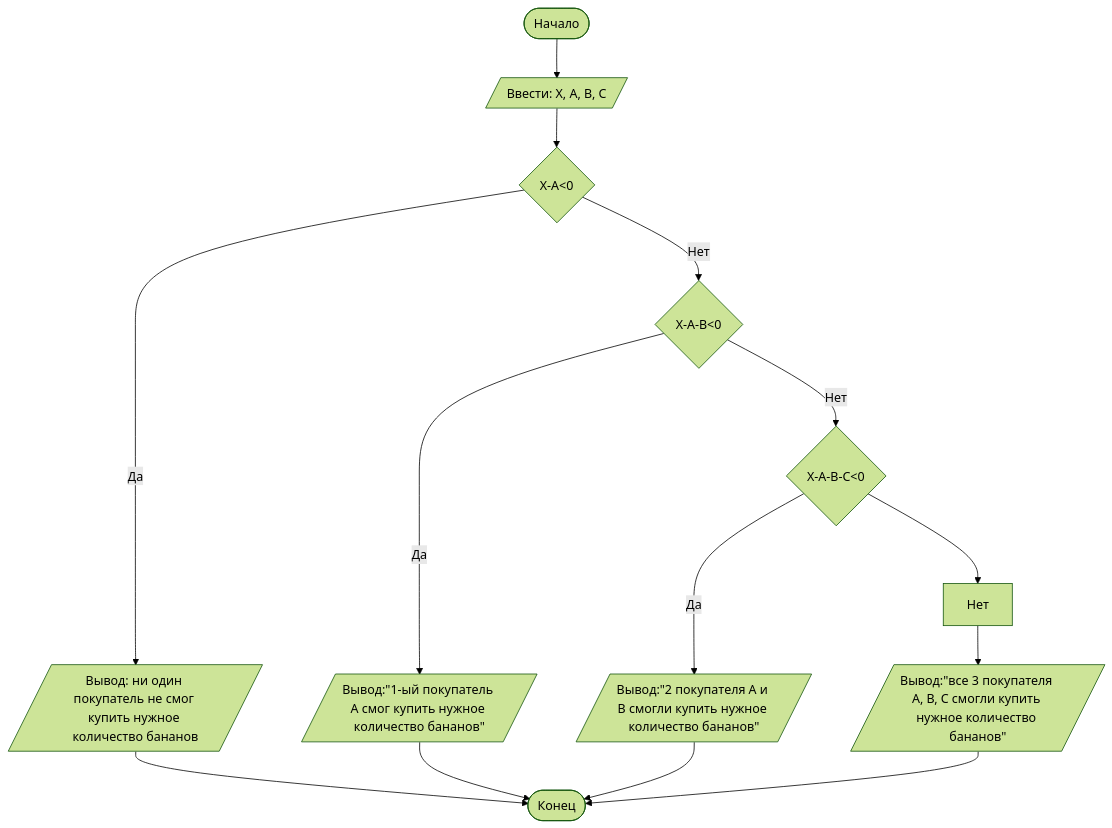
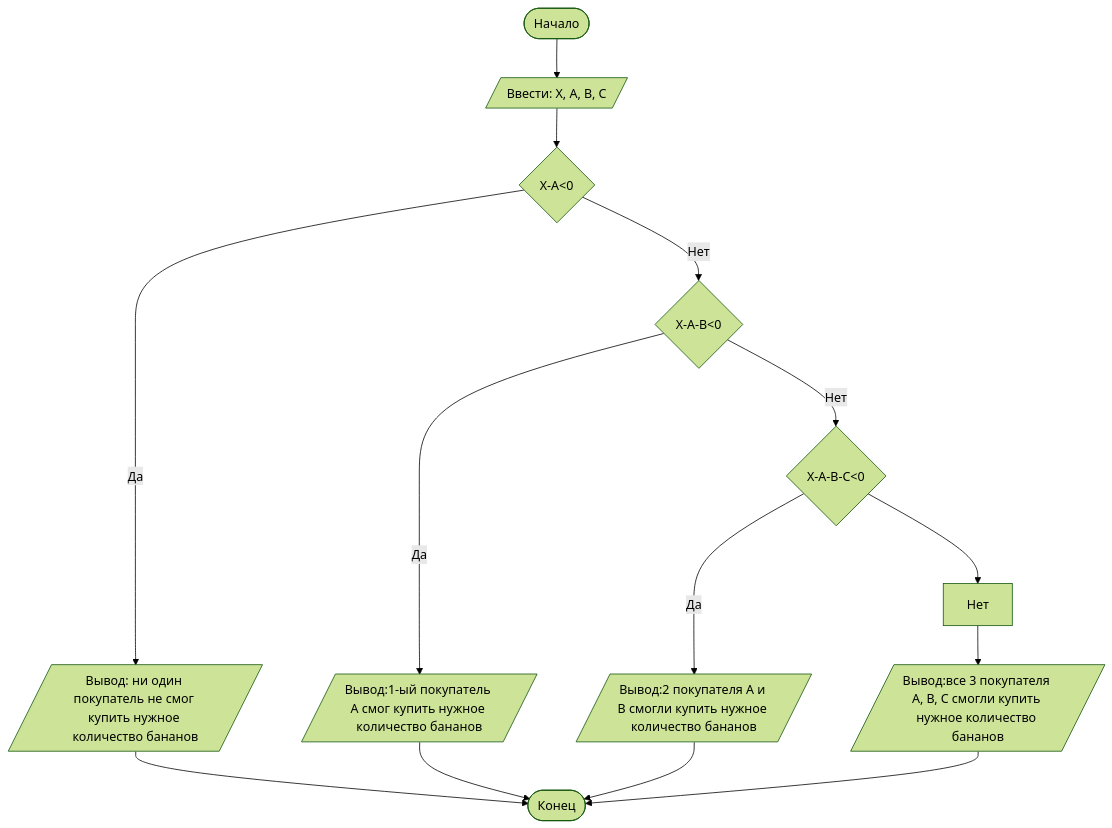
The diagram in README.md (be0hhh/Lab1), drawn with Mermaid (forest theme) before and after one commit. The commit also changed other lines of this file, not shown here.

````diff
--- a/README.md
+++ b/README.md
@@ -69,15 +69,15 @@
 ```mermaid
    graph TD
         A([Начало]) --> B[/Ввести: X, A, B, C/]
         B --> C{X-A<0}
         C -- Да --> D[/Вывод: ни один покупатель не смог купить нужное количество бананов/]
         C -- Нет --> E{X-A-B<0}
-        E -- Да --> F[/Вывод:"1-ый покупатель А смог купить нужное количество бананов"/]
+        E -- Да --> F[/Вывод:1-ый покупатель А смог купить нужное количество бананов/]
         E -- Нет --> G{X-A-B-C<0}
-        G -- Да --> H[/Вывод:"2 покупателя А и В смогли купить нужное количество бананов"/]
-        G --> Нет --> I[/Вывод:"все 3 покупателя А, В, С смогли купить нужное количество бананов"/]
+        G -- Да --> H[/Вывод:2 покупателя А и В смогли купить нужное количество бананов/]
+        G --> Нет --> I[/Вывод:все 3 покупателя А, В, С смогли купить нужное количество бананов/]
         D --> Z
         F --> Z
         H --> Z
         I --> Z([Конец])
 ```
````
